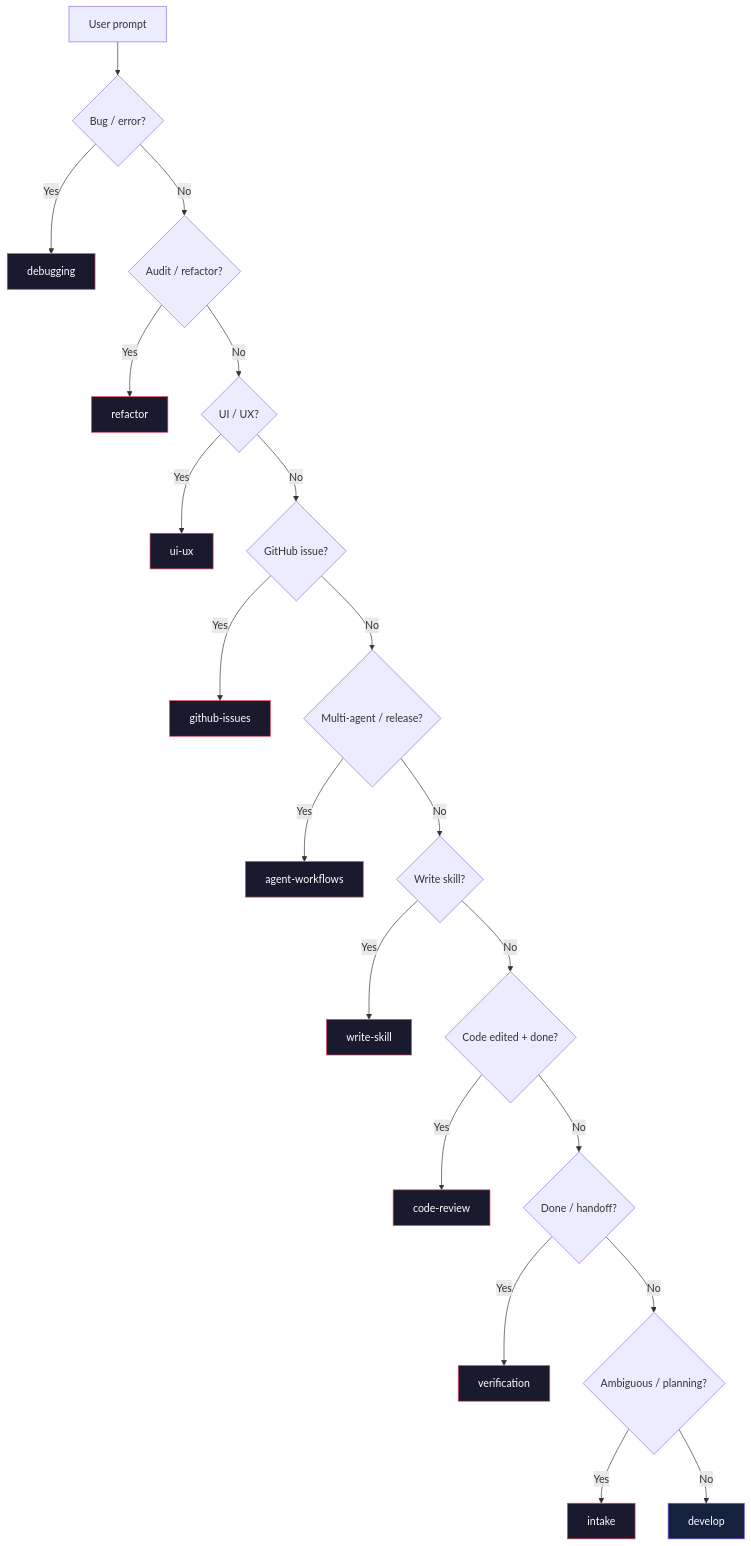
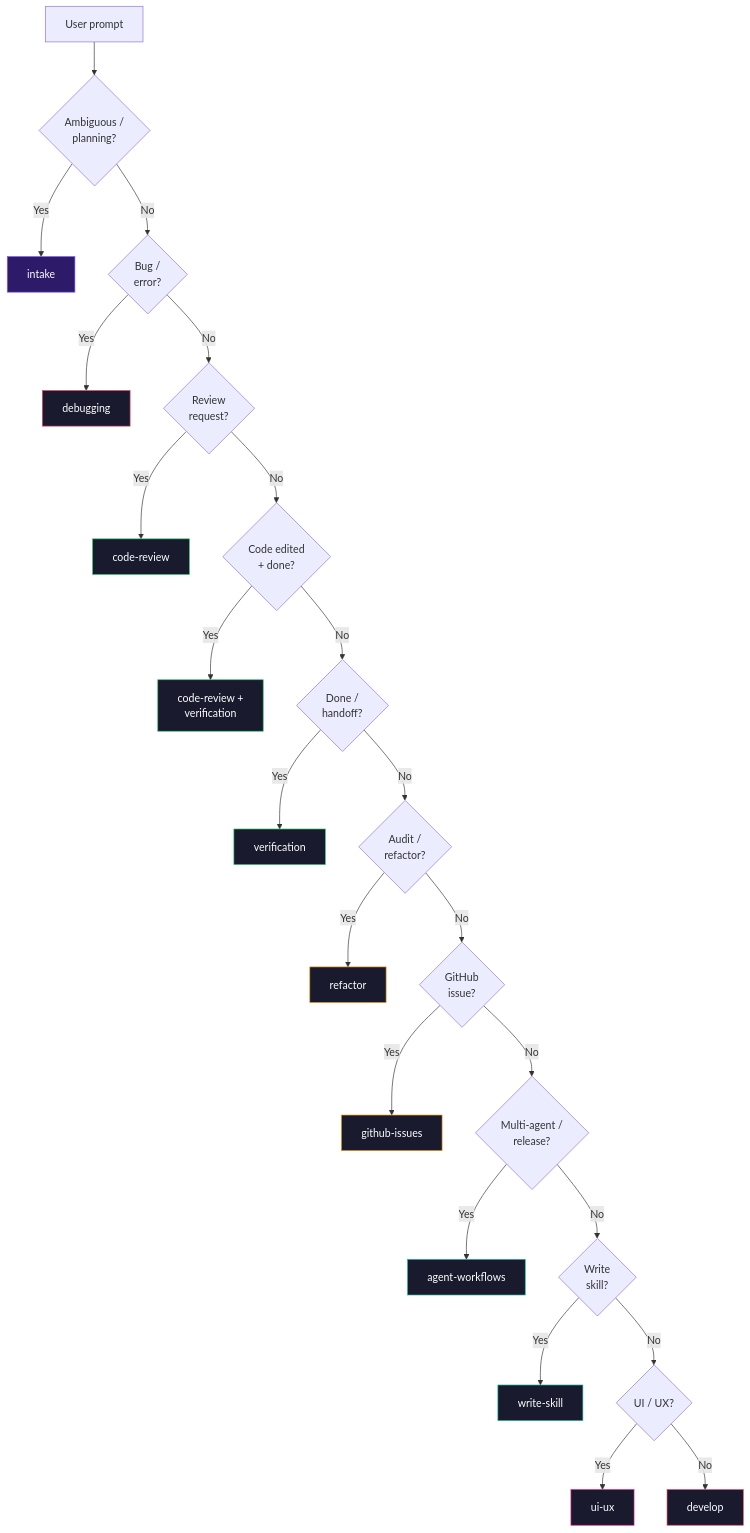
The diagram in README.md (MarkBovee/agent-skills-kit), drawn with Mermaid before and after one commit. The commit also changed other lines of this file and 1 other file, not shown here.

Commit message:
refactor(router): stage-based cascade order with color-coded diagram
Reorder cascade by lifecycle stage: Start → Execute → Validate → Improve
→ Coordinate → Product. Update README list, Mermaid diagram, and add
stage-color legend.

````diff
--- a/README.md
+++ b/README.md
@@ -233,33 +236,36 @@
 ```mermaid
 flowchart TD
-    P[User prompt] --> C1{"Bug / error?"}
-    C1 -->|Yes| D[debugging]
-    C1 -->|No| C2{"Audit / refactor?"}
-    C2 -->|Yes| R[refactor]
-    C2 -->|No| C3{"UI / UX?"}
-    C3 -->|Yes| U[ui-ux]
-    C3 -->|No| C4{"GitHub issue?"}
-    C4 -->|Yes| G[github-issues]
-    C4 -->|No| C5{"Multi-agent / release?"}
-    C5 -->|Yes| A[agent-workflows]
-    C5 -->|No| C6{"Write skill?"}
-    C6 -->|Yes| W[write-skill]
-    C6 -->|No| C7{"Code edited + done?"}
-    C7 -->|Yes| CR[code-review]
-    C7 -->|No| C8{"Done / handoff?"}
-    C8 -->|Yes| V[verification]
-    C8 -->|No| C9{"Ambiguous / planning?"}
-    C9 -->|Yes| I[intake]
-    C9 -->|No| DE[develop]
+    P[User prompt] --> C1{"Ambiguous /<br>planning?"}
+    C1 -->|Yes| I[intake]
+    C1 -->|No| C2{"Bug /<br>error?"}
+    C2 -->|Yes| D[debugging]
+    C2 -->|No| C3{"Review<br>request?"}
+    C3 -->|Yes| CR[code-review]
+    C3 -->|No| C4{"Code edited<br>+ done?"}
+    C4 -->|Yes| CRV["code-review +<br>verification"]
+    C4 -->|No| C5{"Done /<br>handoff?"}
+    C5 -->|Yes| V[verification]
+    C5 -->|No| C6{"Audit /<br>refactor?"}
+    C6 -->|Yes| R[refactor]
+    C6 -->|No| C7{"GitHub<br>issue?"}
+    C7 -->|Yes| G[github-issues]
+    C7 -->|No| C8{"Multi-agent /<br>release?"}
+    C8 -->|Yes| A[agent-workflows]
+    C8 -->|No| C9{"Write<br>skill?"}
+    C9 -->|Yes| W[write-skill]
+    C9 -->|No| C10{"UI / UX?"}
+    C10 -->|Yes| U[ui-ux]
+    C10 -->|No| DE[develop]
 
+    style I fill:#2d1b69,stroke:#7C5CFF,color:#fff
     style D fill:#1a1a2e,stroke:#e94560,color:#fff
-    style R fill:#1a1a2e,stroke:#e94560,color:#fff
-    style U fill:#1a1a2e,stroke:#e94560,color:#fff
-    style G fill:#1a1a2e,stroke:#e94560,color:#fff
-    style A fill:#1a1a2e,stroke:#e94560,color:#fff
-    style W fill:#1a1a2e,stroke:#e94560,color:#fff
-    style CR fill:#1a1a2e,stroke:#e94560,color:#fff
-    style V fill:#1a1a2e,stroke:#e94560,color:#fff
-    style I fill:#1a1a2e,stroke:#e94560,color:#fff
-    style DE fill:#16213e,stroke:#7C5CFF,color:#fff
+    style DE fill:#1a1a2e,stroke:#e94560,color:#fff
+    style CR fill:#1a1a2e,stroke:#2ecc71,color:#fff
+    style CRV fill:#1a1a2e,stroke:#2ecc71,color:#fff
+    style V fill:#1a1a2e,stroke:#2ecc71,color:#fff
+    style R fill:#1a1a2e,stroke:#f39c12,color:#fff
+    style G fill:#1a1a2e,stroke:#f39c12,color:#fff
+    style A fill:#1a1a2e,stroke:#1abc9c,color:#fff
+    style W fill:#1a1a2e,stroke:#1abc9c,color:#fff
+    style U fill:#1a1a2e,stroke:#e91e8c,color:#fff
 ```
````
